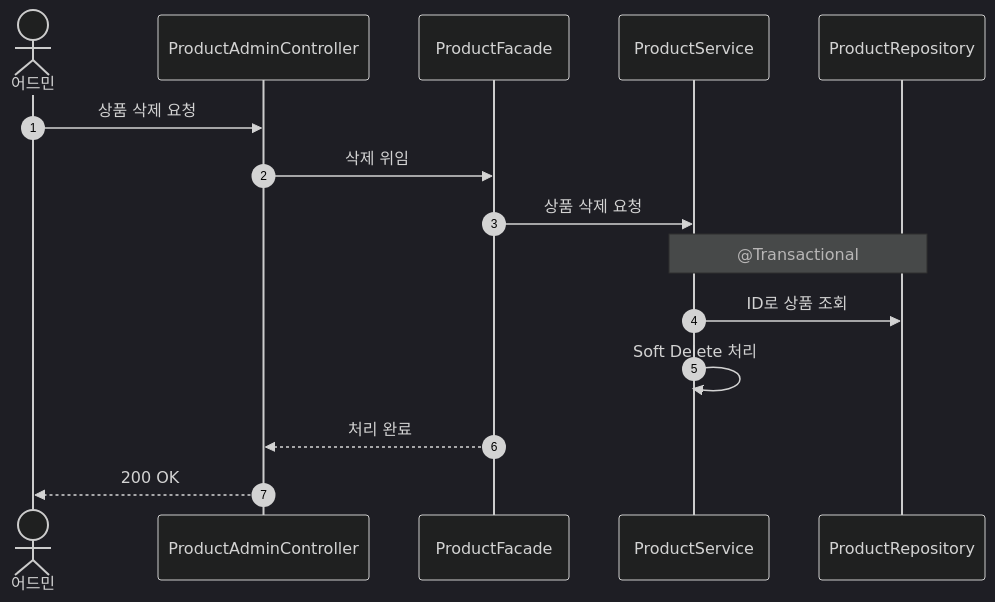
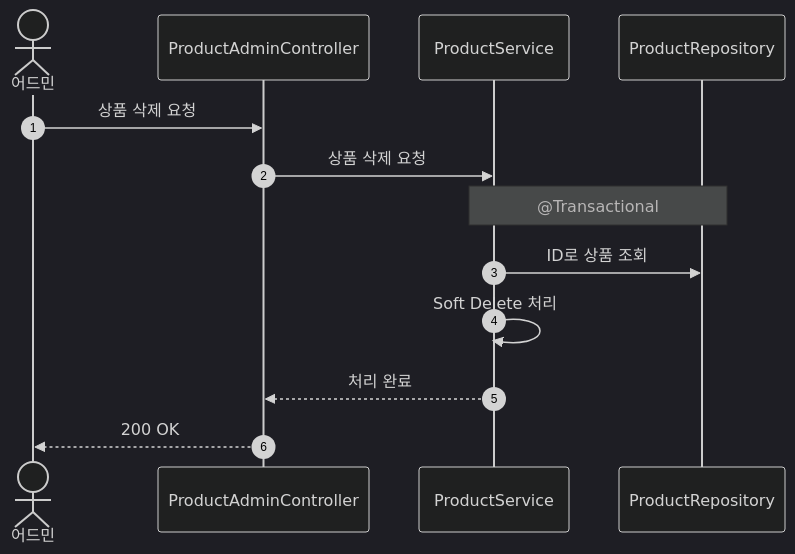
Before and after one commit to Loopers-dev-lab/loop-pack-be-l2-vol3-kotlin: diagram 13 of 21 in docs/design-v2/02-sequence-diagrams-v2.md, drawn with Mermaid (dark theme). The commit also changed other lines of this file and 6 other files, not shown here.

First line of the commit message:
docs: v2 설계 문서 2차 리뷰 반영 — 6건 이슈 해소, 플로우차트·마인드맵 추가

````diff
--- a/docs/design-v2/02-sequence-diagrams-v2.md
+++ b/docs/design-v2/02-sequence-diagrams-v2.md
@@ -356,17 +329,15 @@
 ```mermaid
 sequenceDiagram
     autonumber
     actor Admin as 어드민
     participant C as ProductAdminController
-    participant F as ProductFacade
     participant S as ProductService
     participant R as ProductRepository
     Admin ->> C: 상품 삭제 요청
-    C ->> F: 삭제 위임
-    F ->> S: 상품 삭제 요청
+    C ->> S: 상품 삭제 요청
     Note over S, R: @Transactional
     S ->> R: ID로 상품 조회
     S ->> S: Soft Delete 처리
-    F -->> C: 처리 완료
+    S -->> C: 처리 완료
     C -->> Admin: 200 OK
 ```
````
